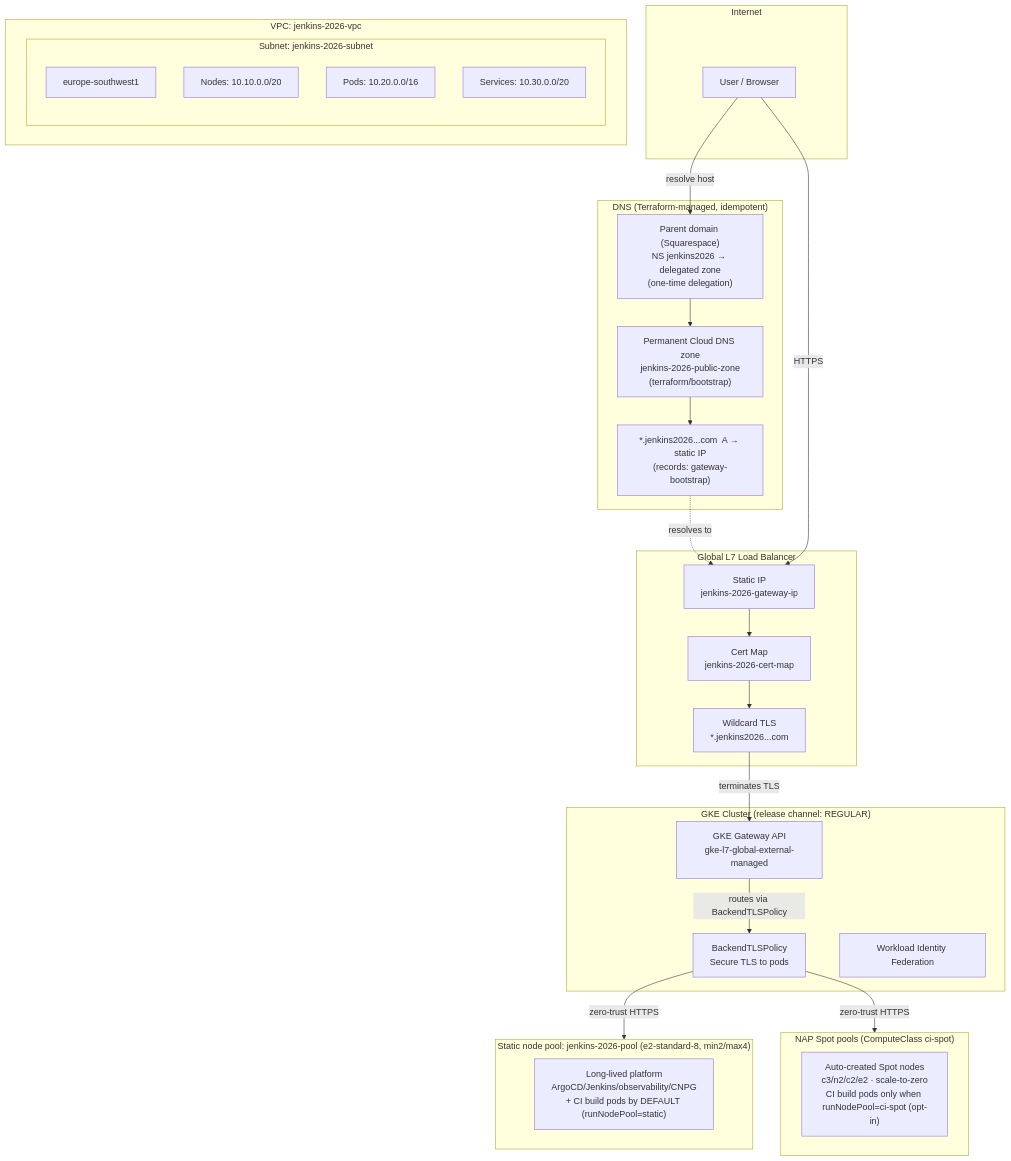
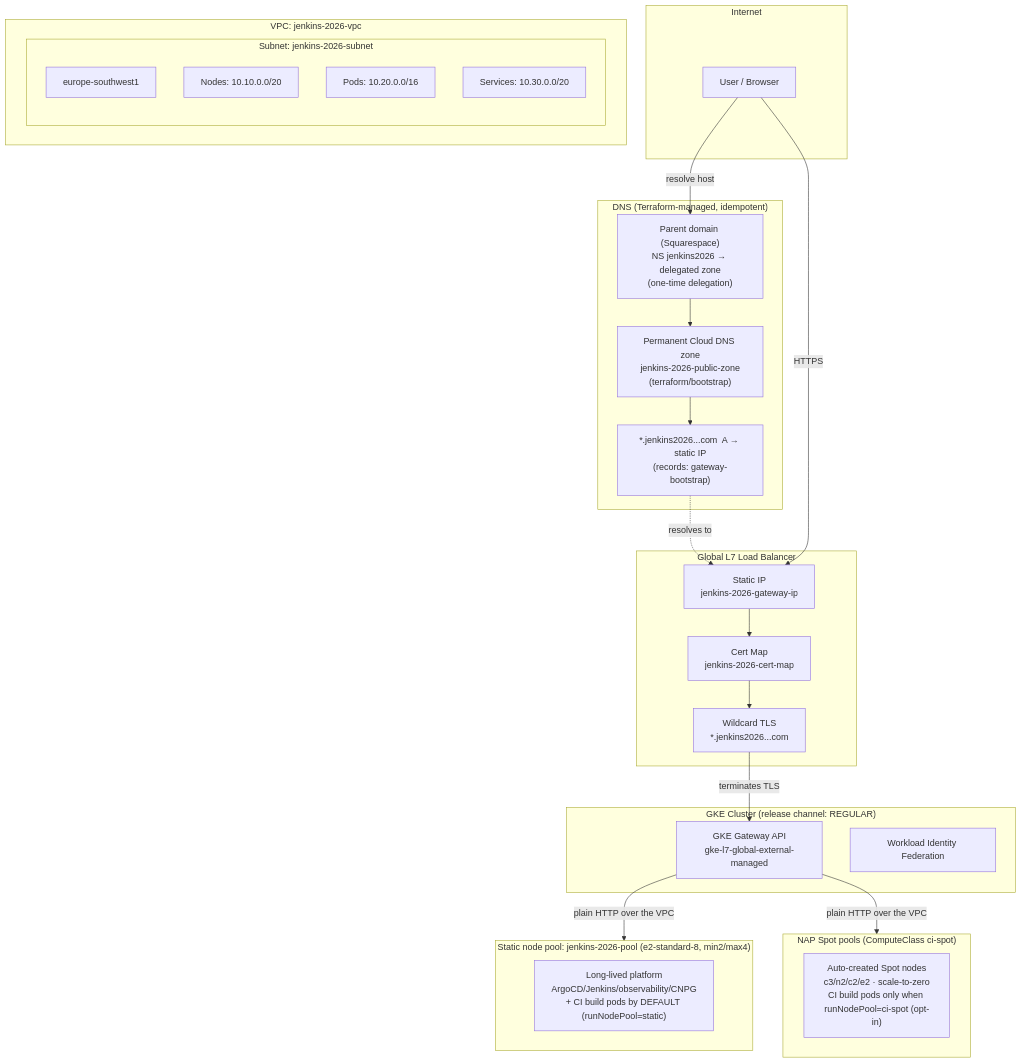
One commit to nubenetes/jenkins-2026 changed diagram 11 of 11 in docs/201-ARCHITECTURE.md. Above: the diagram before and after it, drawn with Mermaid. The commit also changed other lines of this file and 3 other files, not shown here.

````diff
--- a/docs/201-ARCHITECTURE.md
+++ b/docs/201-ARCHITECTURE.md
@@ -1034,52 +1034,50 @@
 ```mermaid
 graph TD
     subgraph Internet ["Internet"]
         User["User / Browser"]
     end
 
     subgraph DNS ["DNS (Terraform-managed, idempotent)"]
         ParentNS["Parent domain (Squarespace)<br/>NS jenkins2026 → delegated zone<br/>(one-time delegation)"]
         Zone["Permanent Cloud DNS zone<br/>jenkins-2026-public-zone<br/>(terraform/bootstrap)"]
         WildcardA["*.jenkins2026...com  A → static IP<br/>(records: gateway-bootstrap)"]
         ParentNS --> Zone --> WildcardA
     end
 
     subgraph GlobalLB ["Global L7 Load Balancer"]
         StaticIP["Static IP<br>jenkins-2026-gateway-ip"]
         CertMap["Cert Map<br>jenkins-2026-cert-map"]
         WildcardTLS["Wildcard TLS<br>*.jenkins2026...com"]
     end
 
     subgraph VPC ["VPC: jenkins-2026-vpc"]
         subgraph Subnet ["Subnet: jenkins-2026-subnet"]
             SubnetInfo["europe-southwest1"]
             NodeRange["Nodes: 10.10.0.0/20"]
             PodRange["Pods: 10.20.0.0/16"]
             SvcRange["Services: 10.30.0.0/20"]
         end
     end
 
     subgraph Cluster ["GKE Cluster (release channel: REGULAR)"]
         GatewayAPI["GKE Gateway API<br/>gke-l7-global-external-managed"]
-        BackendTLS["BackendTLSPolicy<br/>Secure TLS to pods"]
         WI["Workload Identity Federation"]
     end
 
     subgraph StaticPool ["Static node pool: jenkins-2026-pool (e2-standard-8, min2/max4)"]
         StaticInfo["Long-lived platform<br/>ArgoCD/Jenkins/observability/CNPG<br/>+ CI build pods by DEFAULT (runNodePool=static)"]
     end
 
     subgraph NAPSpotPool ["NAP Spot pools (ComputeClass ci-spot)"]
         PoolInfo["Auto-created Spot nodes<br/>c3/n2/c2/e2 · scale-to-zero<br/>CI build pods only when runNodePool=ci-spot (opt-in)"]
     end
 
     User -->|"resolve host"| ParentNS
     WildcardA -.->|"resolves to"| StaticIP
     User -->|"HTTPS"| StaticIP
     StaticIP --> CertMap
     CertMap --> WildcardTLS
     WildcardTLS -->|"terminates TLS"| GatewayAPI
-    GatewayAPI -->|"routes via BackendTLSPolicy"| BackendTLS
-    BackendTLS -->|"zero-trust HTTPS"| StaticPool
-    BackendTLS -->|"zero-trust HTTPS"| NAPSpotPool
+    GatewayAPI -->|"plain HTTP over the VPC"| StaticPool
+    GatewayAPI -->|"plain HTTP over the VPC"| NAPSpotPool
 ```
````
